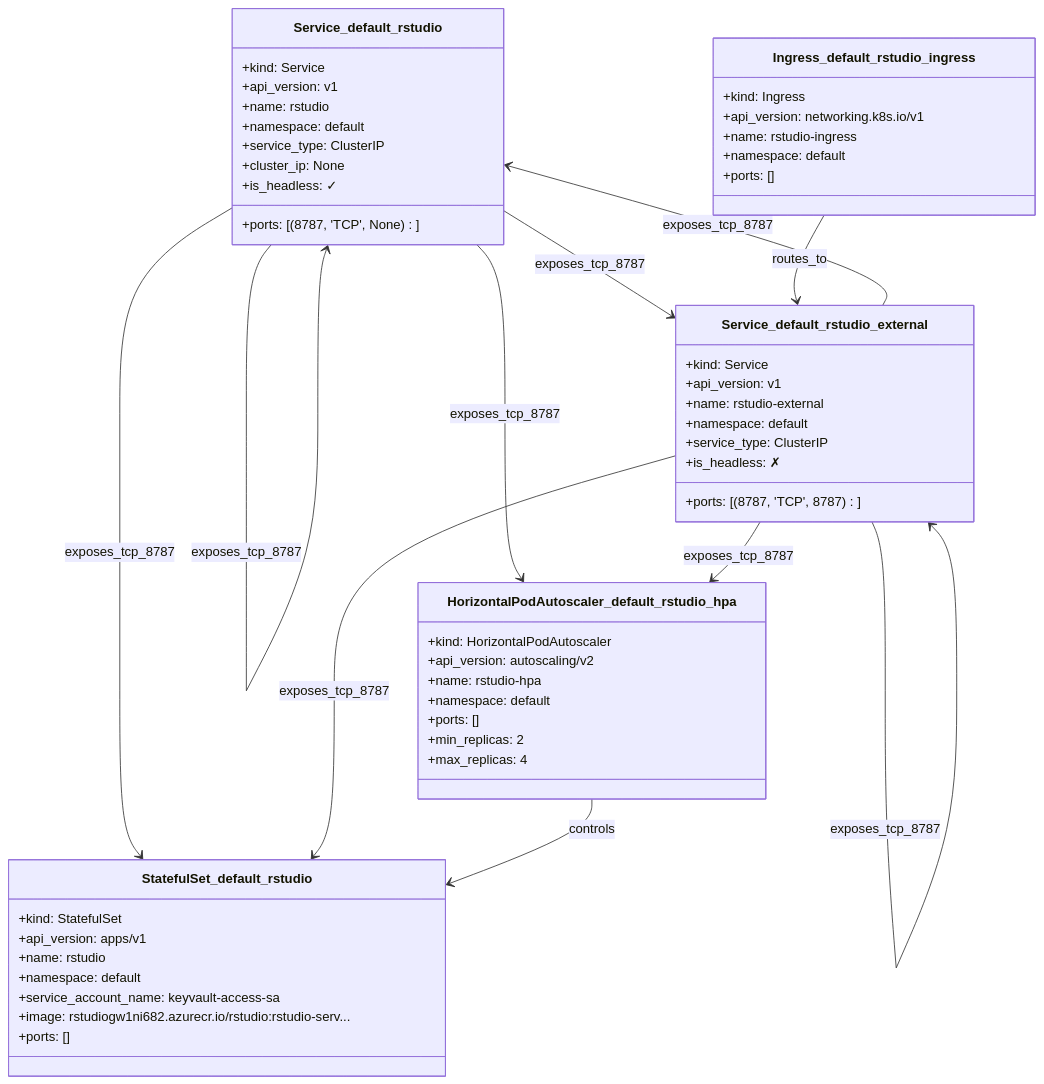
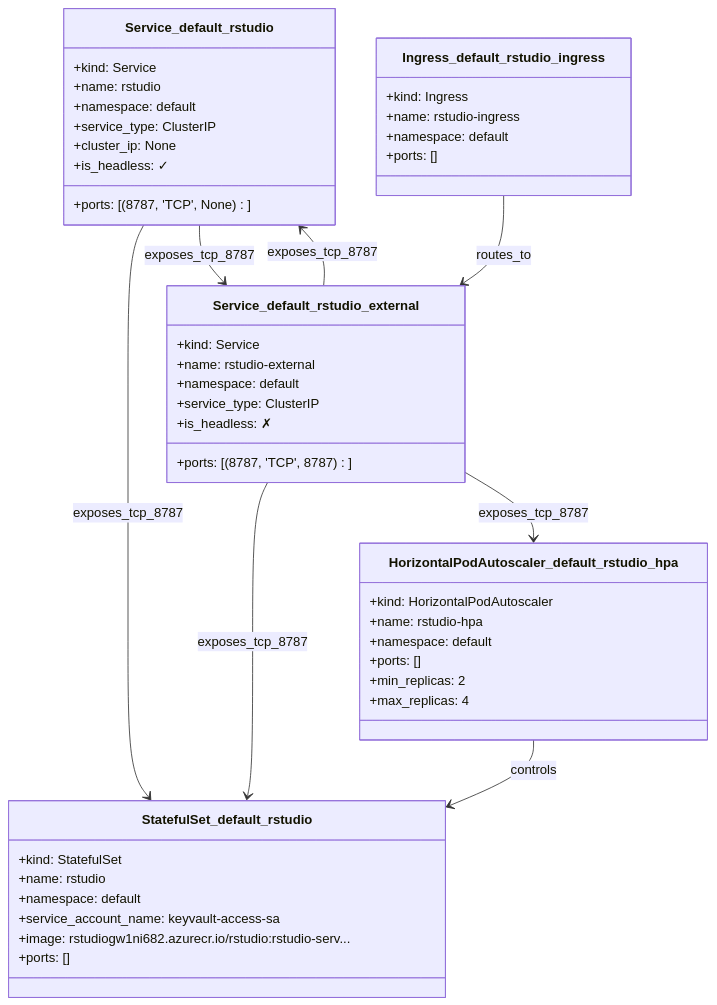
Before and after one commit to mamonaco1973/azure-rstudio-aks: the diagram in README.md, drawn with Mermaid.

Commit message:
work on diagram

````diff
--- a/README.md
+++ b/README.md
@@ -120,60 +120,52 @@
 ```mermaid
 classDiagram
 
 class Service_default_rstudio {
   +kind: Service
-  +api_version: v1
   +name: rstudio
   +namespace: default
   +ports: [(8787, 'TCP', None)]
   +service_type: ClusterIP
   +cluster_ip: None
   +is_headless: ✓
 }
 class StatefulSet_default_rstudio {
   +kind: StatefulSet
-  +api_version: apps/v1
   +name: rstudio
   +namespace: default
   +service_account_name: keyvault-access-sa
   +image: rstudiogw1ni682.azurecr.io/rstudio:rstudio-serv...
   +ports: []
 }
 class Service_default_rstudio_external {
   +kind: Service
-  +api_version: v1
   +name: rstudio-external
   +namespace: default
   +ports: [(8787, 'TCP', 8787)]
   +service_type: ClusterIP
   +is_headless: ✗
 }
 class Ingress_default_rstudio_ingress {
   +kind: Ingress
-  +api_version: networking.k8s.io/v1
   +name: rstudio-ingress
   +namespace: default
   +ports: []
 }
 class HorizontalPodAutoscaler_default_rstudio_hpa {
   +kind: HorizontalPodAutoscaler
-  +api_version: autoscaling/v2
   +name: rstudio-hpa
   +namespace: default
   +ports: []
   +min_replicas: 2
   +max_replicas: 4
 }
 
   %% Relationships
-Service_default_rstudio --> Service_default_rstudio : exposes_tcp_8787
 Service_default_rstudio --> StatefulSet_default_rstudio : exposes_tcp_8787
 Service_default_rstudio --> Service_default_rstudio_external : exposes_tcp_8787
-Service_default_rstudio --> HorizontalPodAutoscaler_default_rstudio_hpa : exposes_tcp_8787
 Service_default_rstudio_external --> Service_default_rstudio : exposes_tcp_8787
 Service_default_rstudio_external --> StatefulSet_default_rstudio : exposes_tcp_8787
-Service_default_rstudio_external --> Service_default_rstudio_external : exposes_tcp_8787
 Service_default_rstudio_external --> HorizontalPodAutoscaler_default_rstudio_hpa : exposes_tcp_8787
 Ingress_default_rstudio_ingress --> Service_default_rstudio_external : routes_to
 HorizontalPodAutoscaler_default_rstudio_hpa --> StatefulSet_default_rstudio : controls
 ```
````
